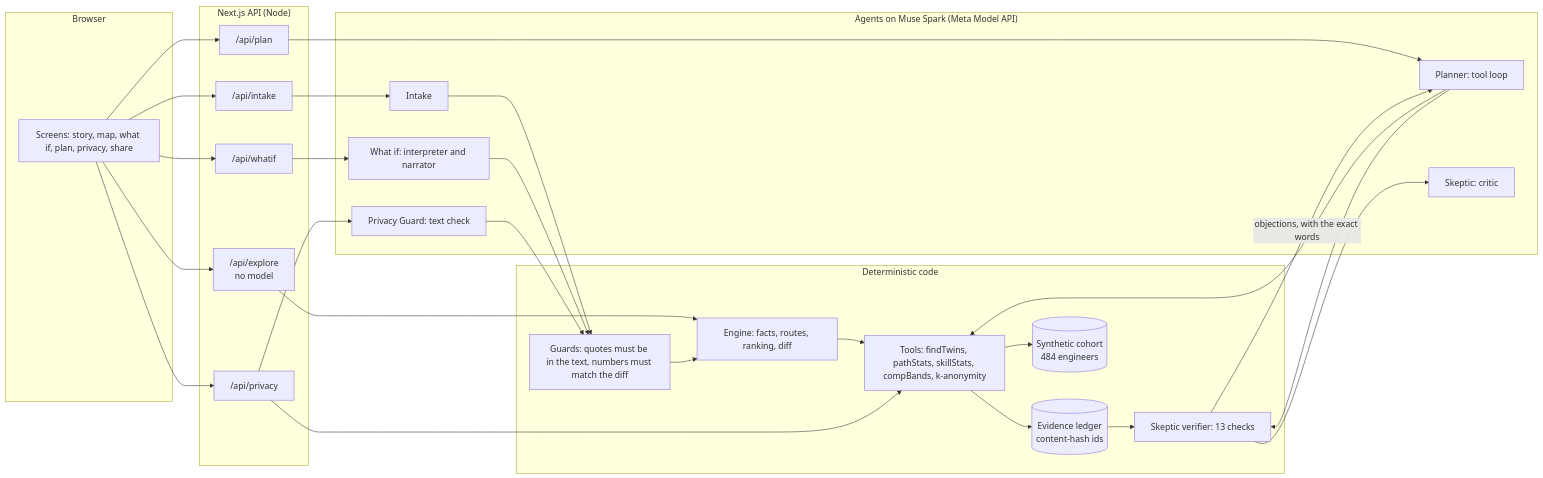
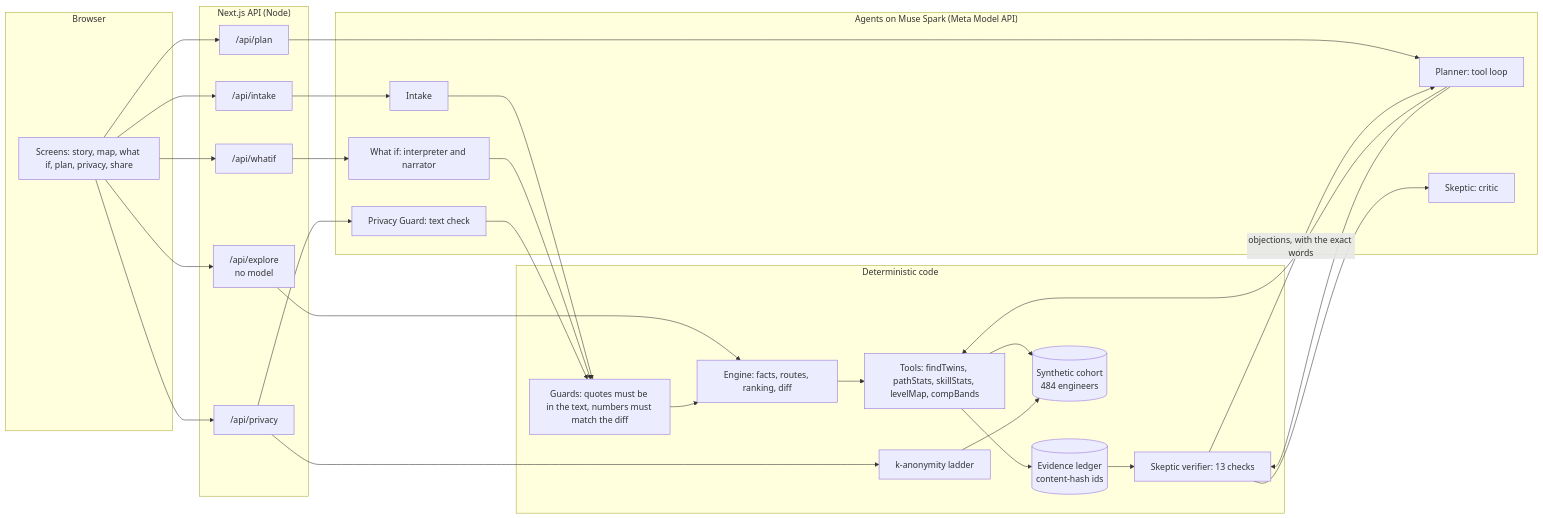
The diagram in README.md (experiments-of-heisenberg/orionmatter-path-engine), drawn with Mermaid before and after one commit. The commit also changed other lines of this file and 2 other files, not shown here.

````diff
--- a/README.md
+++ b/README.md
@@ -39,42 +39,44 @@
 ```mermaid
 flowchart LR
   subgraph Browser
     UI[Screens: story, map, what if, plan, privacy, share]
   end
   subgraph Server["Next.js API (Node)"]
     EX["/api/explore<br/>no model"]
     IN["/api/intake"]
     WI["/api/whatif"]
     PL["/api/plan"]
     PR["/api/privacy"]
   end
   subgraph Agents["Agents on Muse Spark (Meta Model API)"]
     A1[Intake]
     A2[What if: interpreter and narrator]
     A3[Planner: tool loop]
     A4[Skeptic: critic]
     A5[Privacy Guard: text check]
   end
   subgraph Code["Deterministic code"]
     ENG[Engine: facts, routes, ranking, diff]
-    TOOLS[Tools: findTwins, pathStats, skillStats, compBands, k-anonymity]
+    TOOLS[Tools: findTwins, pathStats, skillStats, levelMap, compBands]
+    KANON[k-anonymity ladder]
     LED[(Evidence ledger<br/>content-hash ids)]
     VER[Skeptic verifier: 13 checks]
     GUARD[Guards: quotes must be in the text, numbers must match the diff]
     COH[(Synthetic cohort<br/>484 engineers)]
   end
   UI --> EX --> ENG
   UI --> IN --> A1 --> GUARD
   UI --> WI --> A2 --> GUARD
   GUARD --> ENG
   UI --> PL --> A3 --> TOOLS
   TOOLS --> LED
   TOOLS --> COH
   ENG --> TOOLS
   A3 --> VER
   LED --> VER
   VER -->|objections, with the exact words| A3
   VER --> A4
   UI --> PR --> A5 --> GUARD
-  PR --> TOOLS
+  PR --> KANON
+  KANON --> COH
 ```
````
